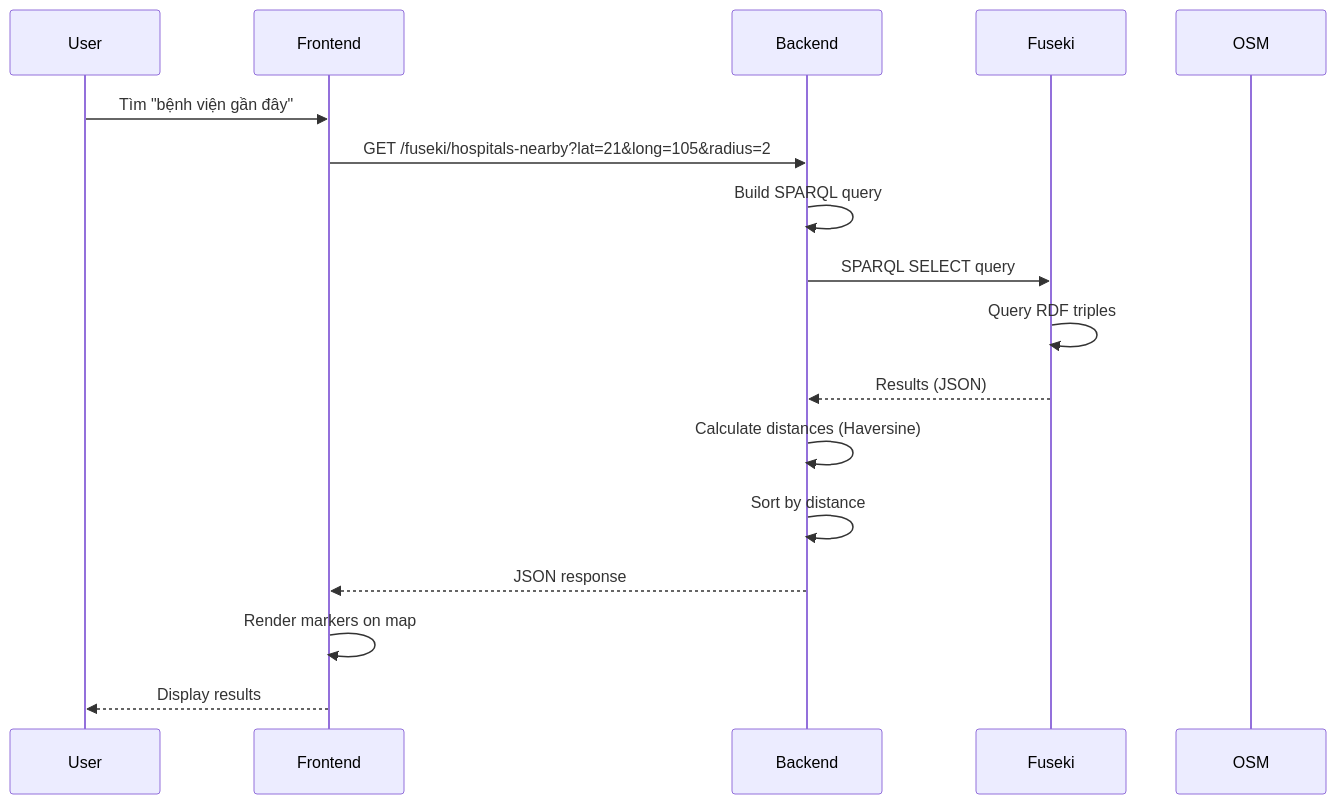
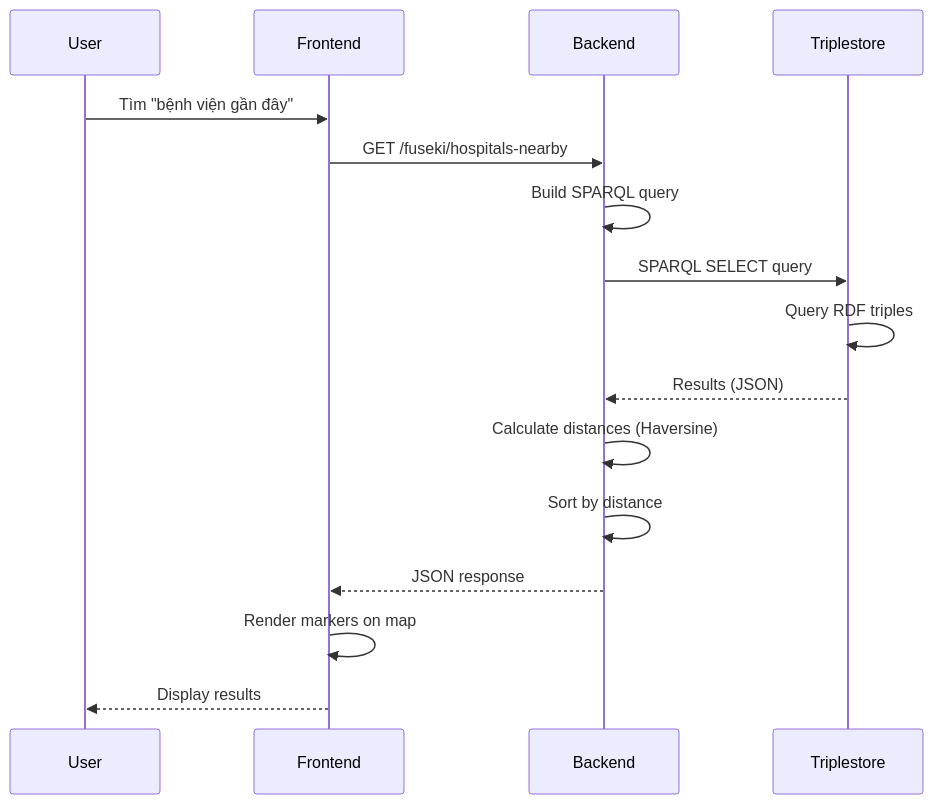
Before and after one commit to MFitHou/MFitHou-Documents: the fifth of 5 diagrams in docs/getting-started/architecture-overview.md, drawn with Mermaid. The commit also changed other lines of this file and 21 other files, not shown here.

````diff
--- a/docs/getting-started/architecture-overview.md
+++ b/docs/getting-started/architecture-overview.md
@@ -112,20 +158,19 @@
 ```mermaid
 sequenceDiagram
     participant User
     participant Frontend
     participant Backend
-    participant Fuseki
-    participant OSM
+    participant Triplestore
 
     User->>Frontend: Tìm "bệnh viện gần đây"
-    Frontend->>Backend: GET /fuseki/hospitals-nearby?lat=21&long=105&radius=2
+    Frontend->>Backend: GET /fuseki/hospitals-nearby
     Backend->>Backend: Build SPARQL query
-    Backend->>Fuseki: SPARQL SELECT query
-    Fuseki->>Fuseki: Query RDF triples
-    Fuseki-->>Backend: Results (JSON)
+    Backend->>Triplestore: SPARQL SELECT query
+    Triplestore->>Triplestore: Query RDF triples
+    Triplestore-->>Backend: Results (JSON)
     Backend->>Backend: Calculate distances (Haversine)
     Backend->>Backend: Sort by distance
     Backend-->>Frontend: JSON response
     Frontend->>Frontend: Render markers on map
     Frontend-->>User: Display results
 ```
````
